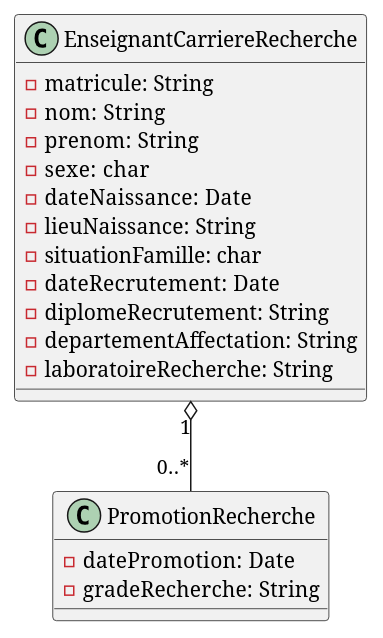
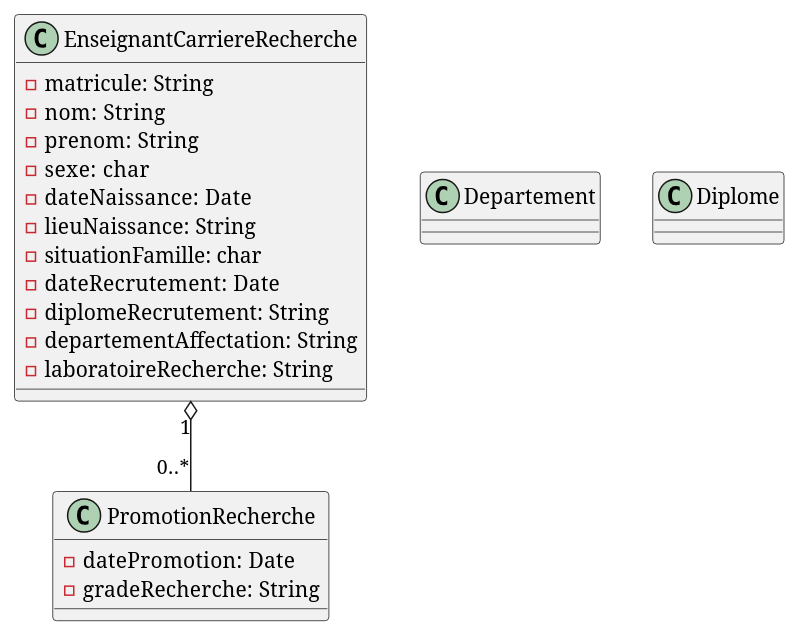
The diagram in App2/DCL.wsd (Napi55/PlantUml), drawn with PlantUML before and after one commit. The commit also changed 1 other file, not shown here.

```diff
--- a/App2/DCL.wsd
+++ b/App2/DCL.wsd
@@ -1,28 +1,34 @@
 @startuml Application2
 
 class EnseignantCarriereRecherche {
     - matricule:  String
     - nom:  String
     - prenom:  String
     - sexe:  char
     - dateNaissance:  Date
     - lieuNaissance:  String
     - situationFamille:  char
     - dateRecrutement:  Date
     - diplomeRecrutement:  String
     - departementAffectation:  String
     - laboratoireRecherche:  String
     
     
 }
 
 class PromotionRecherche {
     - datePromotion:  Date
     - gradeRecherche:  String
     
 }
+class Departement{
+
+}
+class Diplome {
+
+}
 
 EnseignantCarriereRecherche "1" o-- "0..*" PromotionRecherche 
 
 
 @enduml
```
